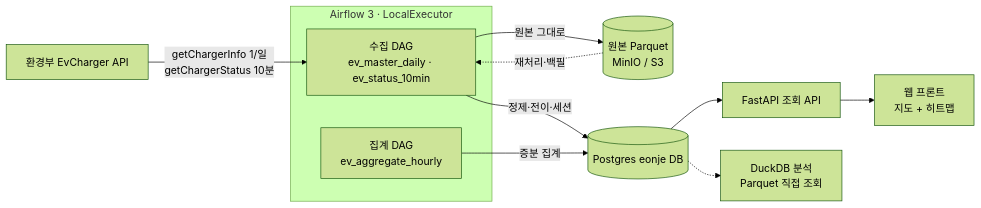
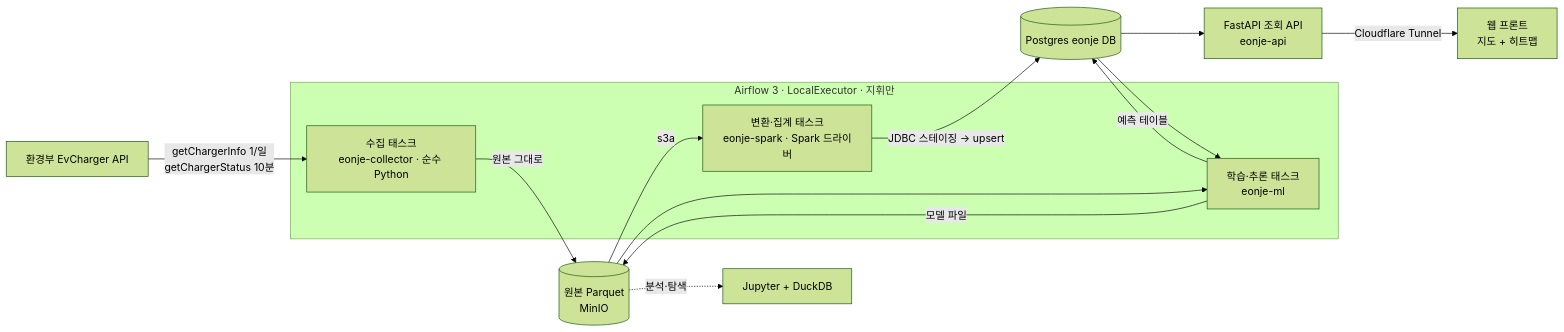
The first of 2 diagrams in docs/design.md (jungyu333/eonje), drawn with Mermaid (forest theme) before and after one commit. The commit also changed other lines of this file and 4 other files, not shown here.

````diff
--- a/docs/design.md
+++ b/docs/design.md
@@ -24,17 +25,21 @@
 ```mermaid
 flowchart LR
-    API[환경부 EvCharger API] -->|getChargerInfo 1/일<br/>getChargerStatus 10분| ING
+    API[환경부 EvCharger API] -->|getChargerInfo 1/일<br/>getChargerStatus 10분| COL
 
-    subgraph AF[Airflow 3 · LocalExecutor]
-        ING[수집 DAG<br/>ev_master_daily · ev_status_10min]
-        AGG[집계 DAG<br/>ev_aggregate_hourly]
+    subgraph AF[Airflow 3 · LocalExecutor · 지휘만]
+        COL[수집 태스크<br/>eonje-collector · 순수 Python]
+        SPK[변환·집계 태스크<br/>eonje-spark · Spark 드라이버]
+        ML[학습·추론 태스크<br/>eonje-ml]
     end
 
-    ING -->|원본 그대로| RAW[(원본 Parquet<br/>MinIO / S3)]
-    ING -->|정제·전이·세션| DB[(Postgres eonje DB)]
-    RAW -.->|재처리·백필| ING
-    AGG -->|증분 집계| DB
-    DB --> SRV[FastAPI 조회 API]
-    SRV --> WEB[웹 프론트<br/>지도 + 히트맵]
-    DB -.-> DUCK[DuckDB 분석<br/>Parquet 직접 조회]
+    COL -->|원본 그대로| RAW[(원본 Parquet<br/>MinIO)]
+    RAW -->|s3a| SPK
+    SPK -->|JDBC 스테이징 → upsert| DB[(Postgres eonje DB)]
+    DB --> ML
+    RAW --> ML
+    ML -->|모델 파일| RAW
+    ML -->|예측 테이블| DB
+    DB --> SRV[FastAPI 조회 API<br/>eonje-api]
+    SRV -->|Cloudflare Tunnel| WEB[웹 프론트<br/>지도 + 히트맵]
+    RAW -.->|분석·탐색| DUCK[Jupyter + DuckDB]
 ```
````
